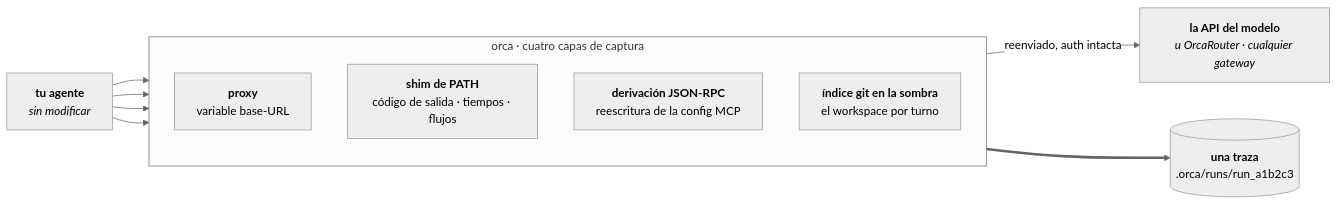
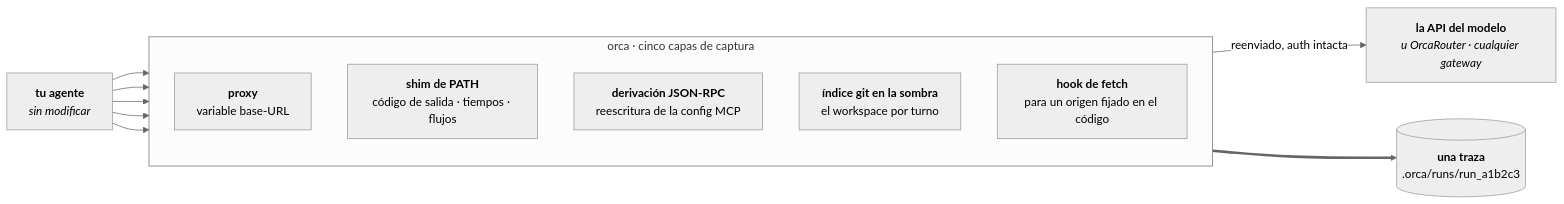
The first of 2 diagrams in docs/i18n/README.es.md (Continuum-AI-Corp/OrcaReplay), drawn with Mermaid before and after one commit. The commit also changed other lines of this file and 7 other files, not shown here.

````diff
--- a/docs/i18n/README.es.md
+++ b/docs/i18n/README.es.md
@@ -79,17 +80,18 @@
 ```mermaid
 %%{init: {'theme':'neutral'}}%%
 flowchart LR
     A["<b>tu agente</b><br/><i>sin modificar</i>"]
 
-    subgraph orca["orca · cuatro capas de captura"]
+    subgraph orca["orca · cinco capas de captura"]
         direction TB
         P["<b>proxy</b><br/>variable base-URL"]
         SH["<b>shim de PATH</b><br/>código de salida · tiempos · flujos"]
         MC["<b>derivación JSON-RPC</b><br/>reescritura de la config MCP"]
         FS["<b>índice git en la sombra</b><br/>el workspace por turno"]
+        FH["<b>hook de fetch</b><br/>para un origen fijado en el código"]
     end
 
-    A --> P & SH & MC & FS
+    A --> P & SH & MC & FS & FH
     P -->|"reenviado, auth intacta"| U["<b>la API del modelo</b><br/><i>u OrcaRouter · cualquier gateway</i>"]
     orca ==> T[("<b>una traza</b><br/>.orca/runs/run_a1b2c3")]
 ```
````
